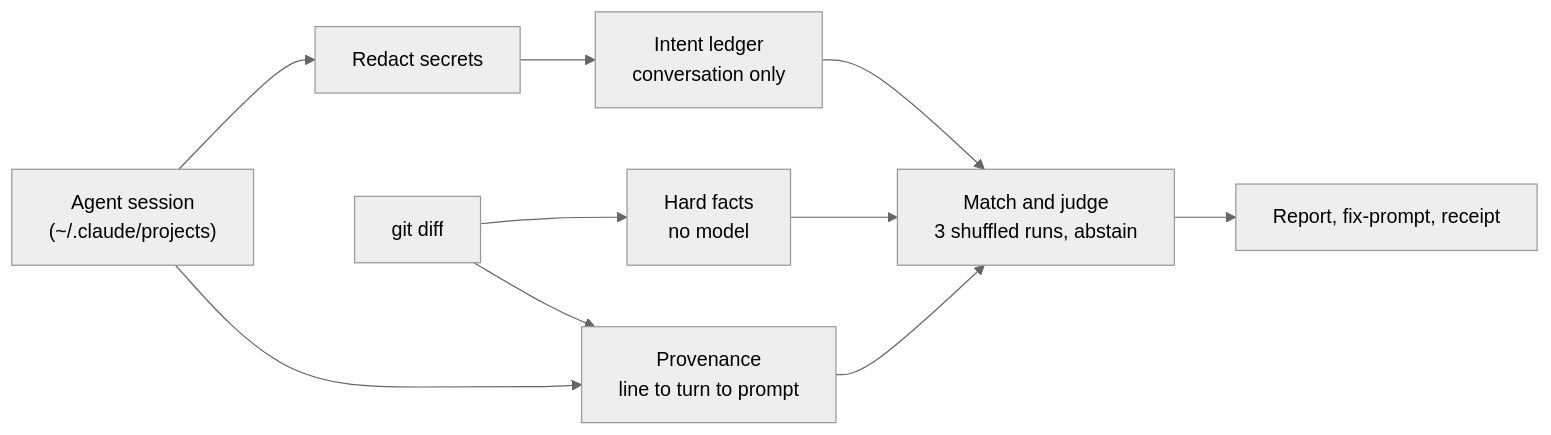
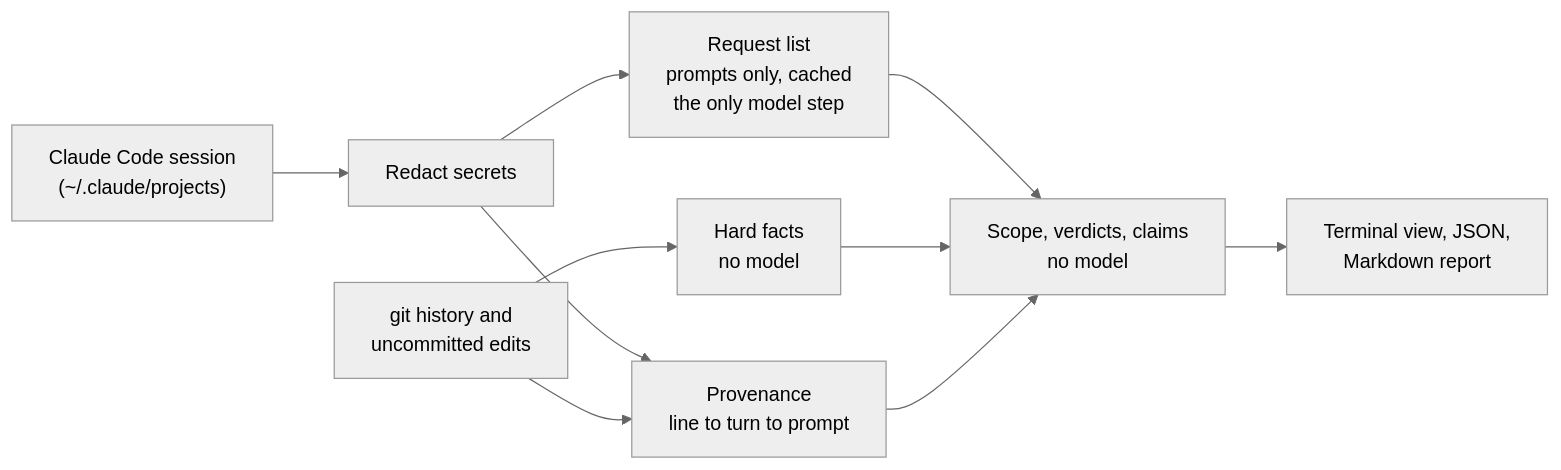
The diagram in README.md (SujalKrG/offscript), drawn with Mermaid (neutral theme) before and after one commit. The commit also changed other lines of this file and 5 other files, not shown here.

````diff
--- a/README.md
+++ b/README.md
@@ -107,12 +191,12 @@
 ```mermaid
 flowchart LR
-    S["Agent session<br/>(~/.claude/projects)"] --> R["Redact secrets"]
-    R --> I["Intent ledger<br/>conversation only"]
-    G["git diff"] --> F["Hard facts<br/>no model"]
-    S --> P["Provenance<br/>line to turn to prompt"]
+    S["Claude Code session<br/>(~/.claude/projects)"] --> R["Redact secrets"]
+    R --> I["Request list<br/>prompts only, cached<br/>the only model step"]
+    G["git history and<br/>uncommitted edits"] --> F["Hard facts<br/>no model"]
+    R --> P["Provenance<br/>line to turn to prompt"]
     G --> P
-    I --> J["Match and judge<br/>3 shuffled runs, abstain"]
-    F --> J
-    P --> J
-    J --> O["Report, fix-prompt, receipt"]
+    I --> V["Scope, verdicts, claims<br/>no model"]
+    F --> V
+    P --> V
+    V --> O["Terminal view, JSON,<br/>Markdown report"]
 ```
````
